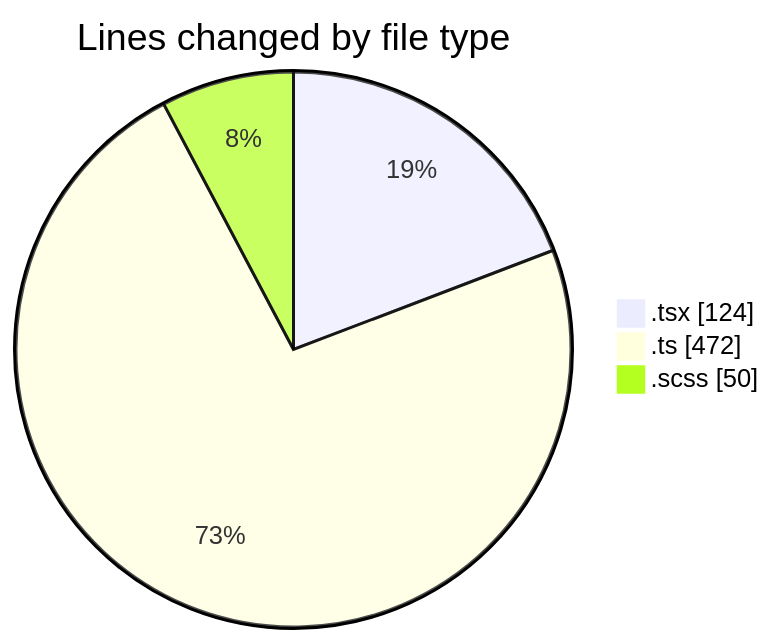
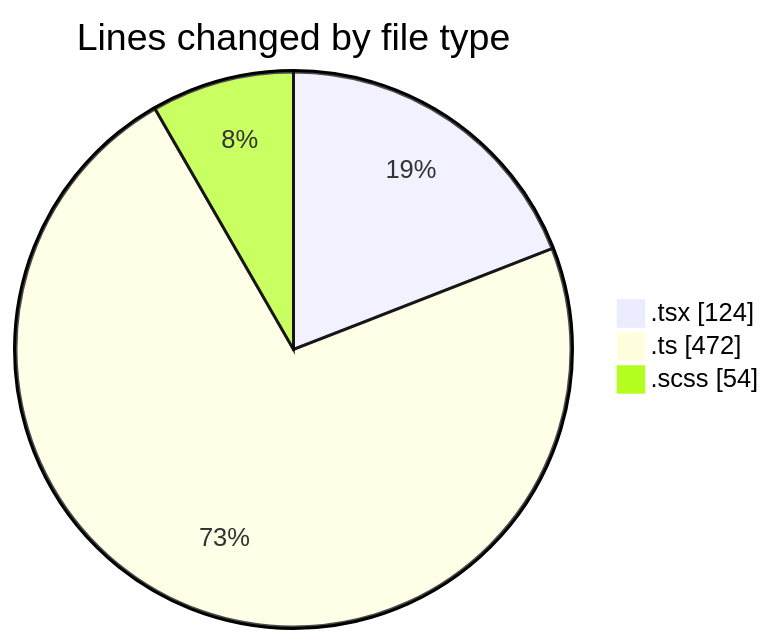
Before and after one commit to momahboobian/code-tracking: the first of 2 diagrams in 2025-10-07/cda/README.md, drawn with Mermaid. The commit also changed other lines of this file and 1 other file, not shown here.

````diff
--- a/2025-10-07/cda/README.md
+++ b/2025-10-07/cda/README.md
@@ -27,7 +27,7 @@
 ```mermaid
 pie showData
 title Lines changed by file type
 ".tsx" : 124
 ".ts" : 472
-".scss" : 50
+".scss" : 54
 ```
````
